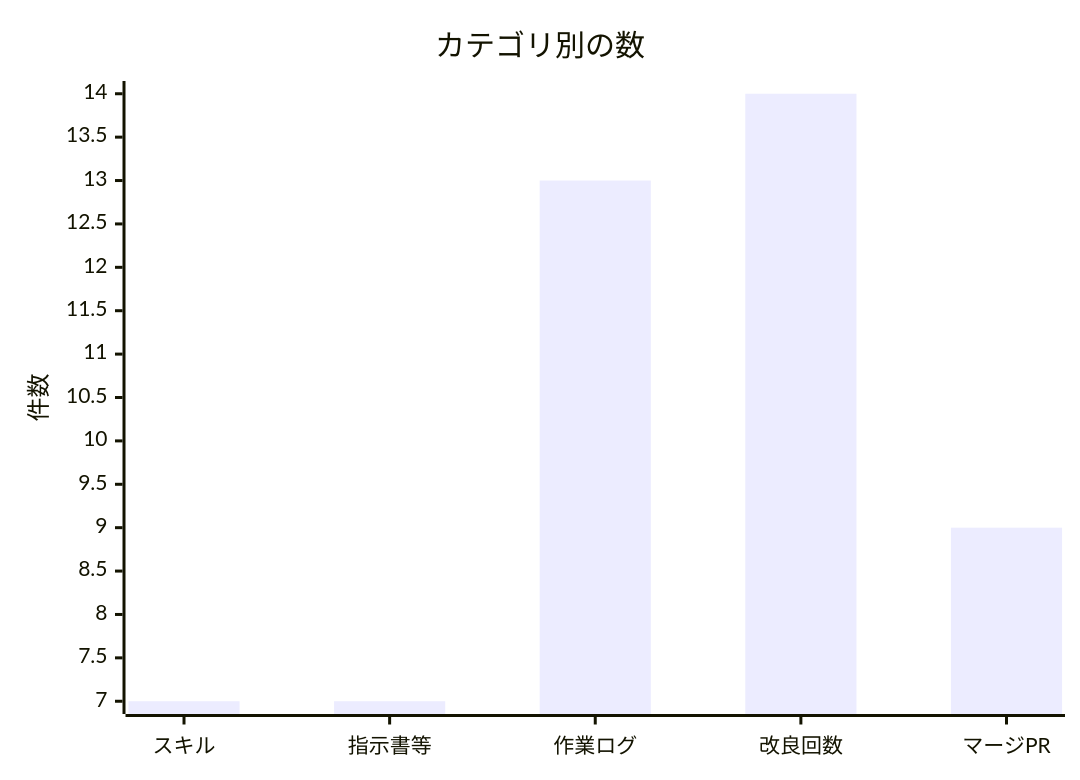
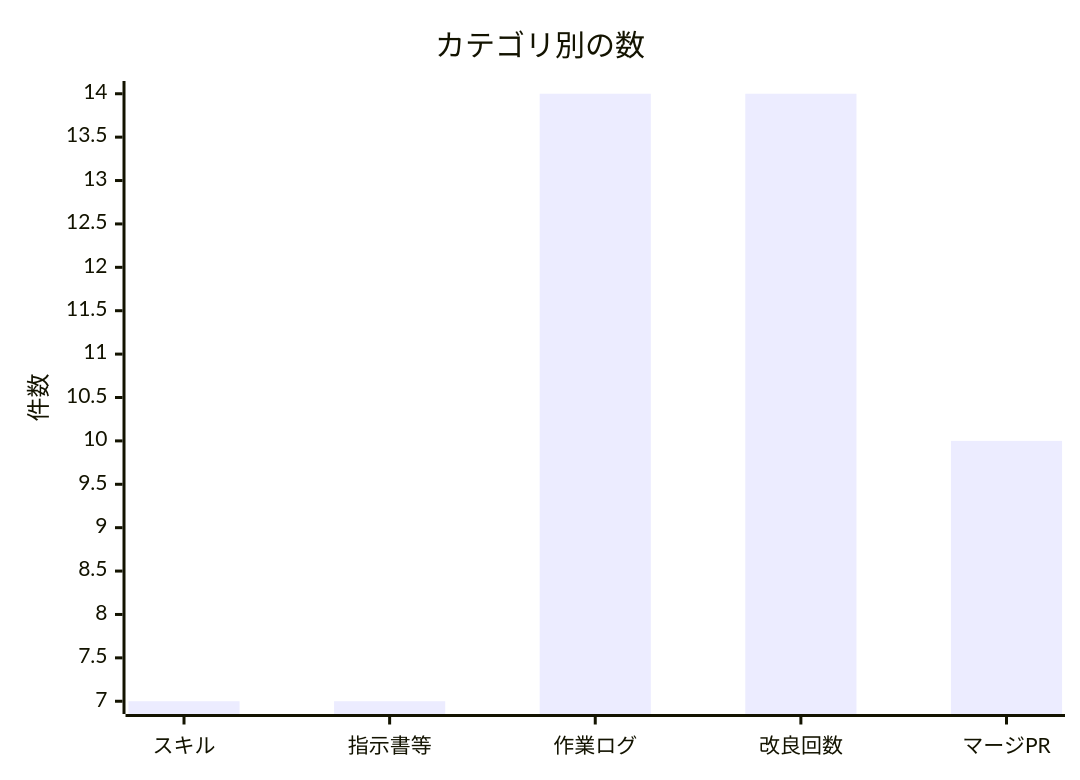
One commit to non-x2/non-x2 changed the second of 2 diagrams in docs/進化レポート.md. Above: the diagram before and after it, drawn with Mermaid. The commit also changed other lines of this file, not shown here.

````diff
--- a/docs/進化レポート.md
+++ b/docs/進化レポート.md
@@ -35,7 +35,7 @@
 ```mermaid
 xychart-beta
     title "カテゴリ別の数"
     x-axis ["スキル", "指示書等", "作業ログ", "改良回数", "マージPR"]
     y-axis "件数"
-    bar [7, 7, 13, 14, 9]
+    bar [7, 7, 14, 14, 10]
 ```
````
